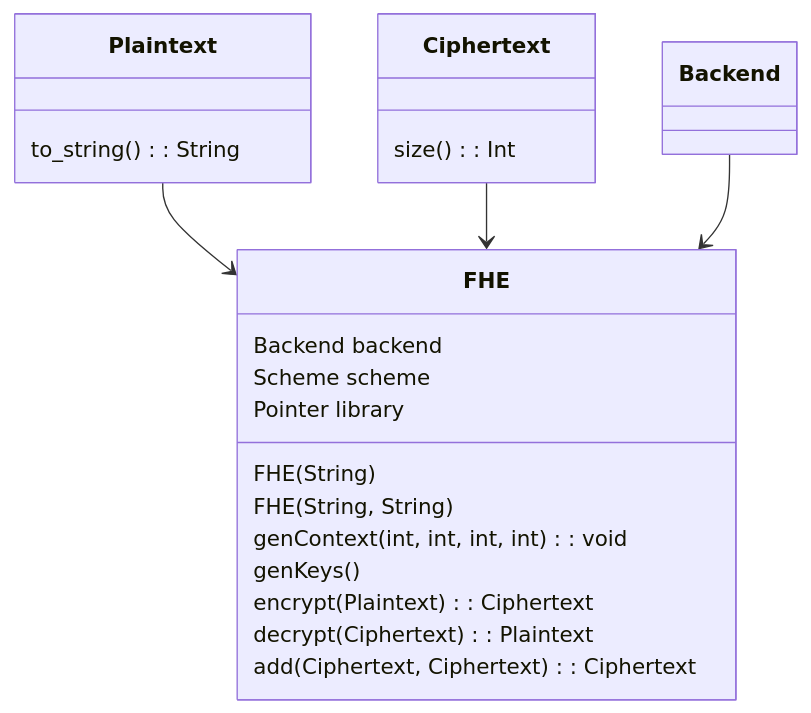
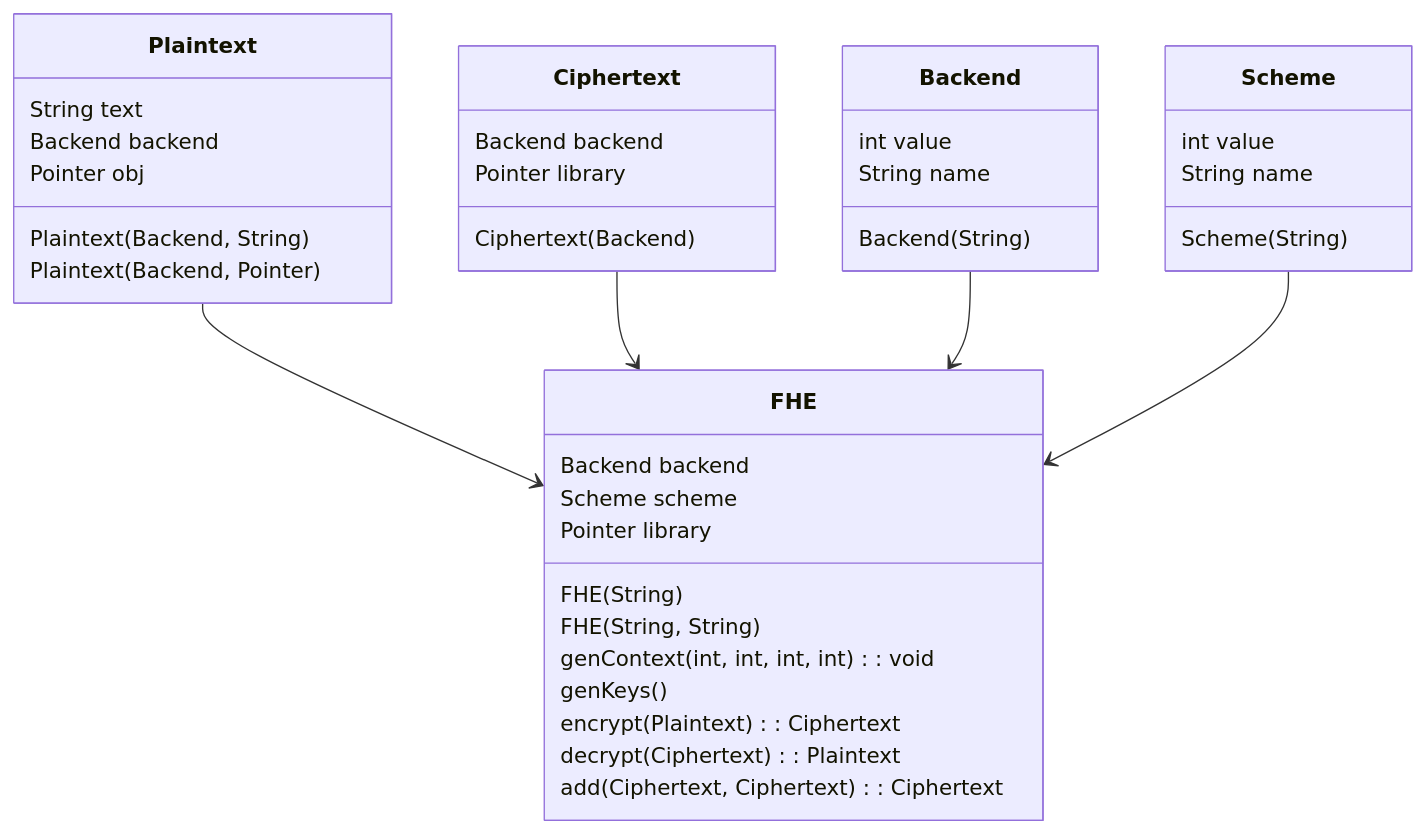
Before and after one commit to jeffmur/fhel: the diagram in dart/README.md, drawn with Mermaid.

Commit message:
Update dart diagram

````diff
--- a/dart/README.md
+++ b/dart/README.md
@@ -5,36 +5,55 @@
 ```mermaid
 
 classDiagram
     class Plaintext {
-        to_string(): String
+        String text
+        Backend backend
+        Pointer obj
+
+        Plaintext(Backend, String)
+        Plaintext(Backend, Pointer)
     }
 
     class Ciphertext {
-        size(): Int
+        Backend backend
+        Pointer library
+
+        Ciphertext(Backend)
     }
 
     class Backend {
+        int value
+        String name
+        
+        Backend(String)
+    }
 
+    class Scheme {
+        int value
+        String name
+
+        Scheme(String)
     }
 
     Plaintext --> FHE
     Ciphertext --> FHE
     Backend --> FHE
+    Scheme --> FHE
 
     class FHE {
         Backend backend
         Scheme scheme
         Pointer library
 
         FHE(String)
 
         FHE(String, String)
 
         genContext(int, int, int, int): void
         genKeys()
         encrypt(Plaintext): Ciphertext
         decrypt(Ciphertext): Plaintext
         add(Ciphertext, Ciphertext): Ciphertext
     }
 
 ```
````
